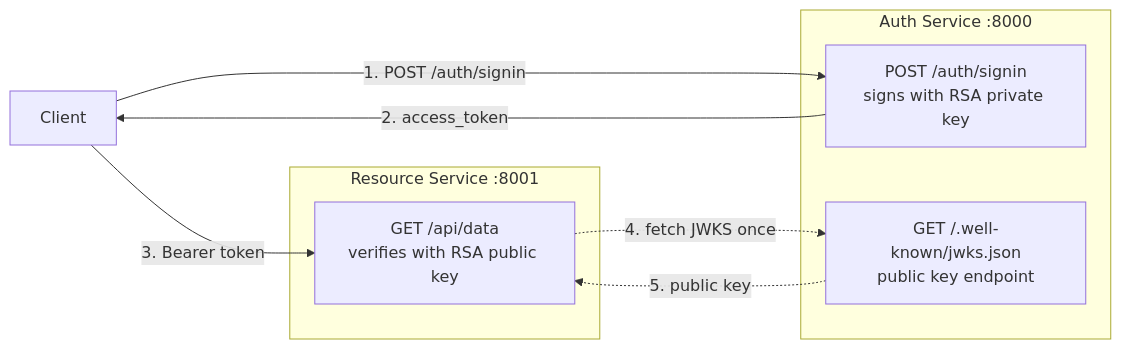
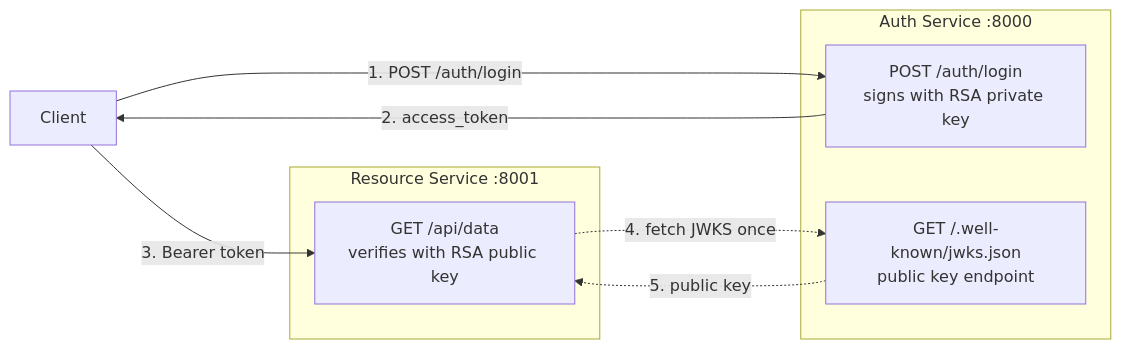
The diagram in docs/guides/microservice.md (sreekarnv/fastauth), drawn with Mermaid before and after one commit. The commit also changed other lines of this file and 20 other files, not shown here.

````diff
--- a/docs/guides/microservice.md
+++ b/docs/guides/microservice.md
@@ -7,22 +7,22 @@
 ```mermaid
 graph LR
     CLIENT["Client"]
 
     subgraph AUTH["Auth Service  :8000"]
-        SIGNIN["POST /auth/signin
+        SIGNIN["POST /auth/login
 signs with RSA private key"]
         JWKS_EP["GET /.well-known/jwks.json
 public key endpoint"]
     end
 
     subgraph RESOURCE["Resource Service  :8001"]
         DATA["GET /api/data
 verifies with RSA public key"]
     end
 
-    CLIENT -->|"1. POST /auth/signin"| SIGNIN
+    CLIENT -->|"1. POST /auth/login"| SIGNIN
     SIGNIN -->|"2. access_token"| CLIENT
     CLIENT -->|"3. Bearer token"| DATA
     DATA -.->|"4. fetch JWKS once"| JWKS_EP
     JWKS_EP -.->|"5. public key"| DATA
 ```
````
